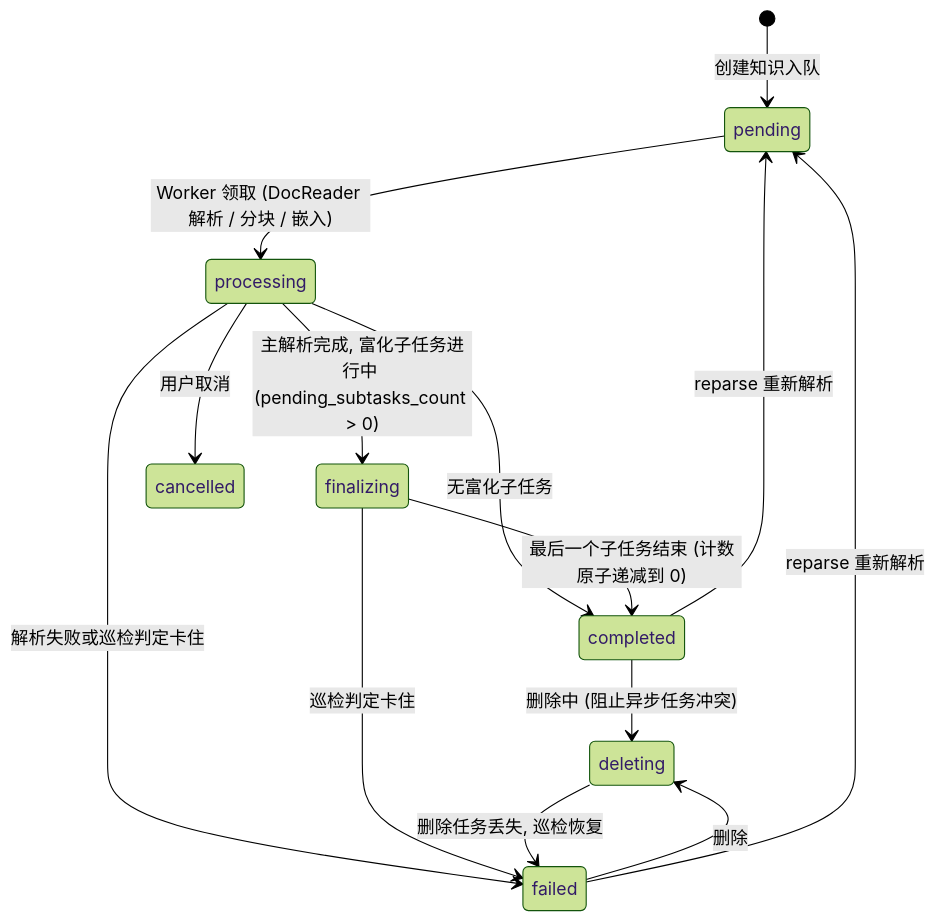
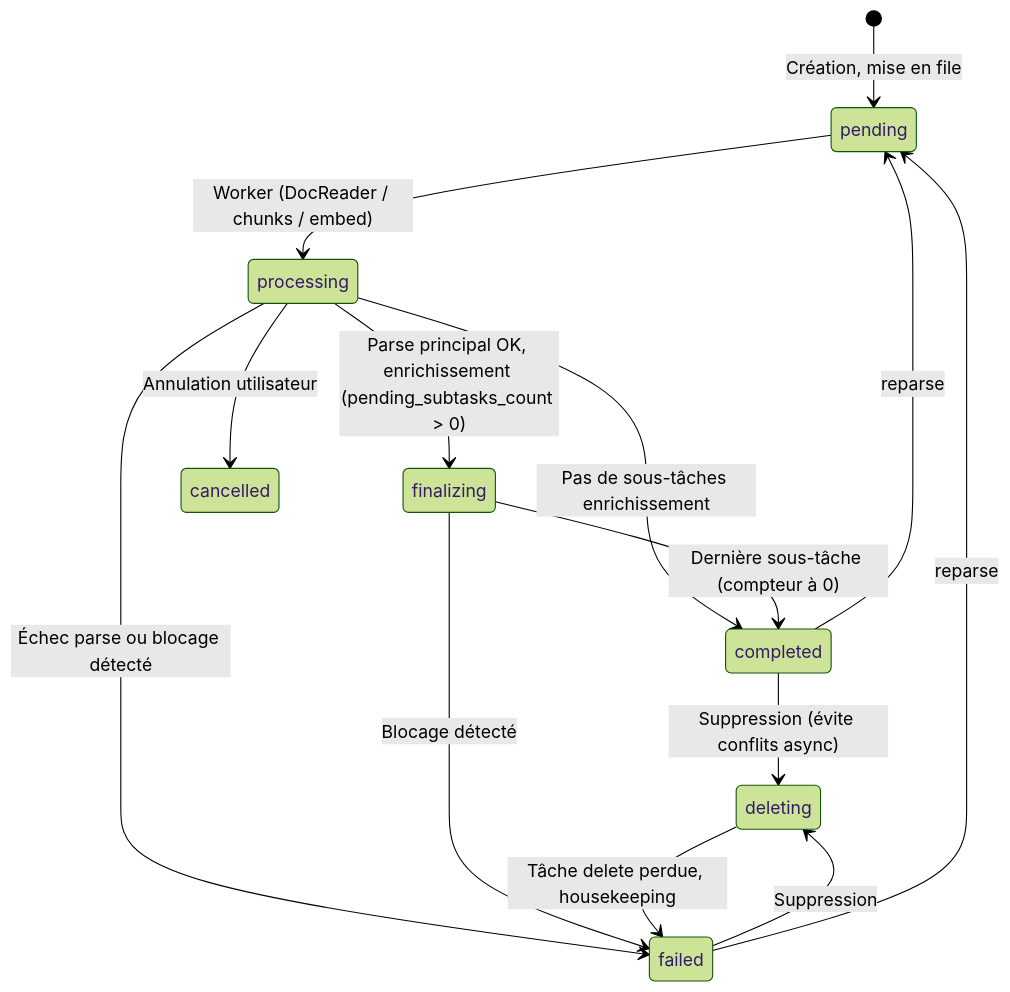
One commit to samiriggui-code/gsms-template changed the second of 2 diagrams in website-docs/03-features/02-knowledge-base.md. Above: the diagram before and after it, drawn with Mermaid (forest theme). The commit also changed other lines of this file and 301 other files, not shown here.

````diff
--- a/website-docs/03-features/02-knowledge-base.md
+++ b/website-docs/03-features/02-knowledge-base.md
@@ -326,16 +326,16 @@
 ```mermaid
 stateDiagram-v2
-    [*] --> pending: 创建知识入队
-    pending --> processing: Worker 领取 (DocReader 解析 / 分块 / 嵌入)
-    processing --> finalizing: 主解析完成, 富化子任务进行中 (pending_subtasks_count > 0)
-    processing --> completed: 无富化子任务
-    processing --> failed: 解析失败或巡检判定卡住
-    processing --> cancelled: 用户取消
-    finalizing --> completed: 最后一个子任务结束 (计数原子递减到 0)
-    finalizing --> failed: 巡检判定卡住
-    completed --> deleting: 删除中 (阻止异步任务冲突)
-    failed --> deleting: 删除
-    deleting --> failed: 删除任务丢失, 巡检恢复
-    completed --> pending: reparse 重新解析
-    failed --> pending: reparse 重新解析
+    [*] --> pending: Création, mise en file
+    pending --> processing: Worker (DocReader / chunks / embed)
+    processing --> finalizing: Parse principal OK, enrichissement (pending_subtasks_count > 0)
+    processing --> completed: Pas de sous-tâches enrichissement
+    processing --> failed: Échec parse ou blocage détecté
+    processing --> cancelled: Annulation utilisateur
+    finalizing --> completed: Dernière sous-tâche (compteur à 0)
+    finalizing --> failed: Blocage détecté
+    completed --> deleting: Suppression (évite conflits async)
+    failed --> deleting: Suppression
+    deleting --> failed: Tâche delete perdue, housekeeping
+    completed --> pending: reparse
+    failed --> pending: reparse
 ```
````
